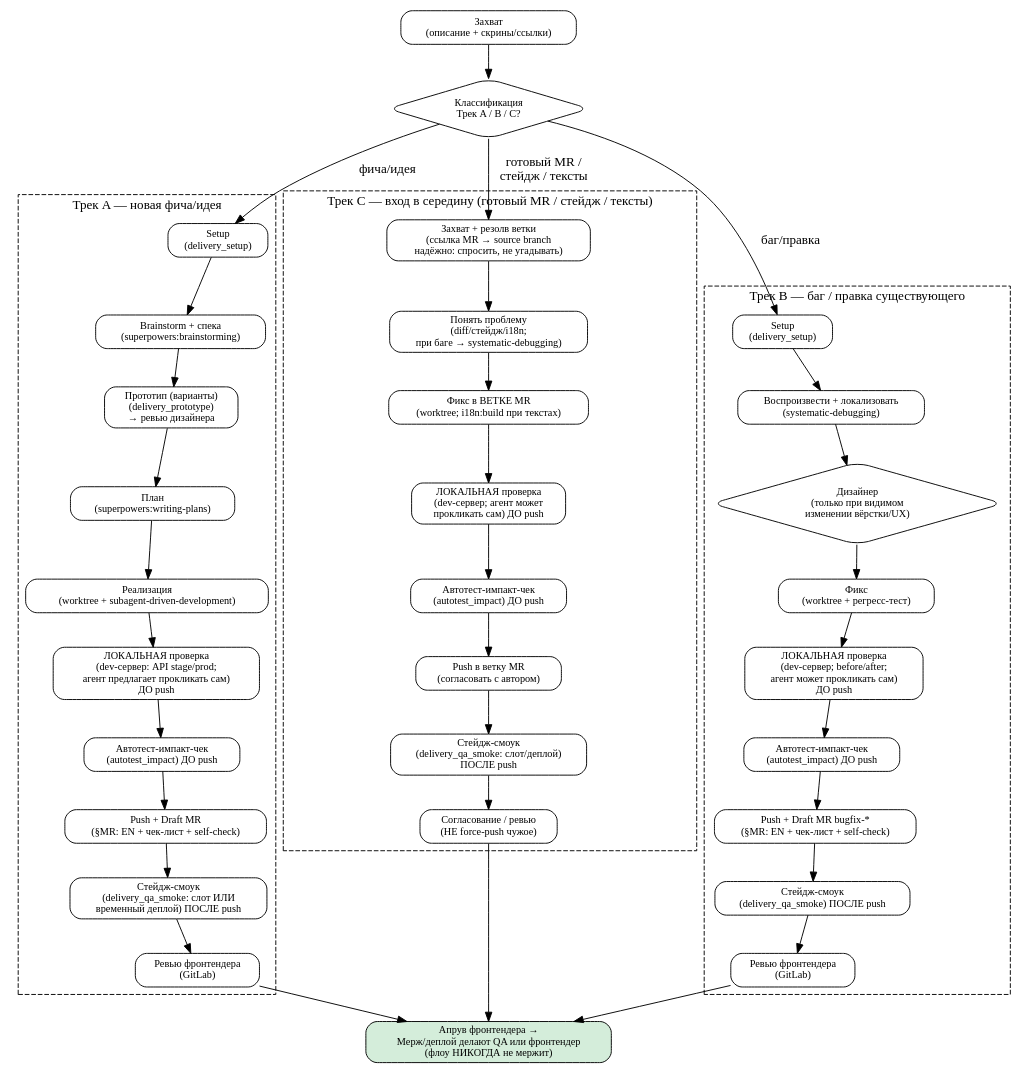
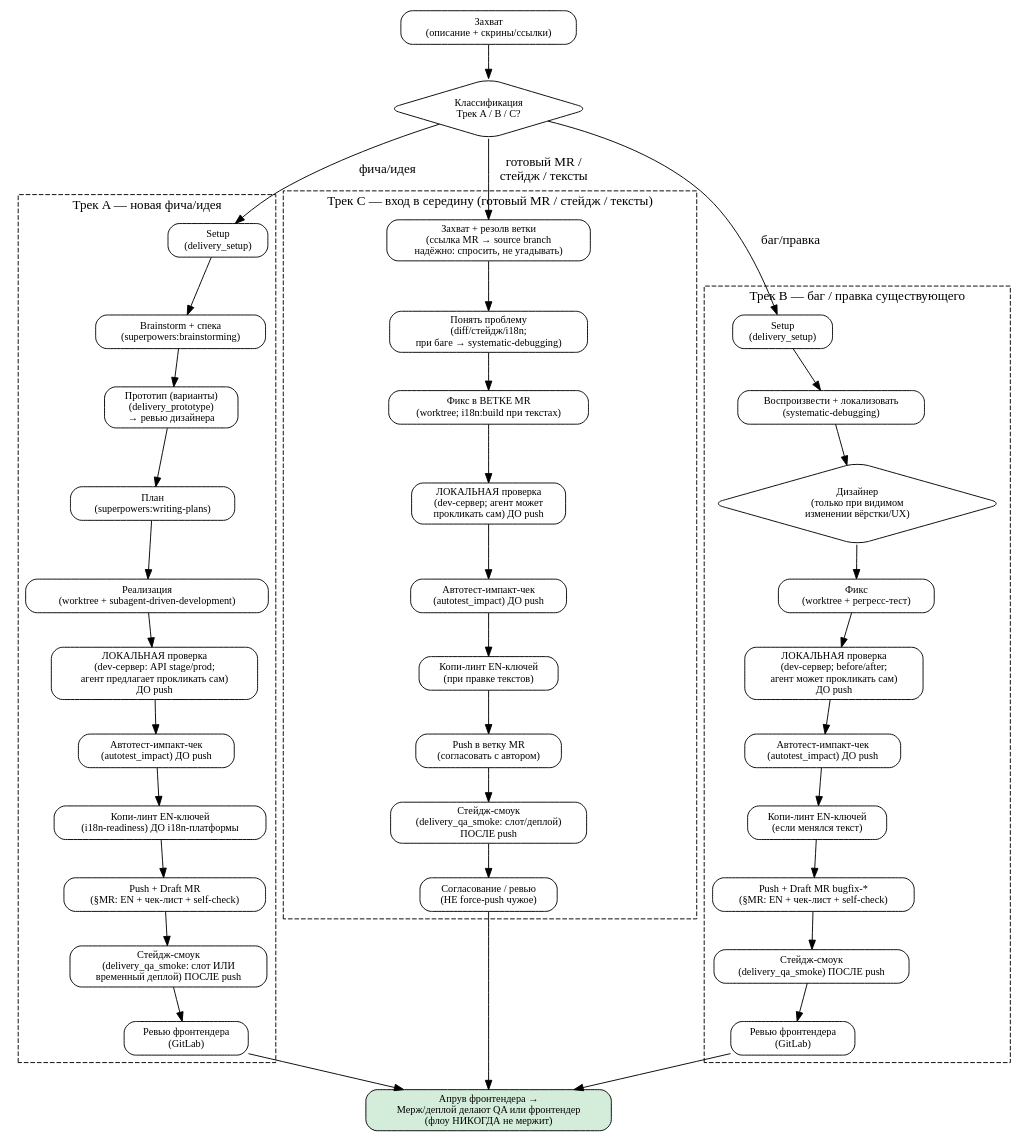
One commit to echangli/delivery-flow changed the diagram in plugins/delivery/skills/delivery_orchestrator/SKILL.md. Above: the diagram before and after it, drawn with Graphviz. The commit also changed other lines of this file and 8 other files, not shown here.

First line of the commit message:
Add optional source-copy/i18n lint seam to the delivery flow

````diff
--- a/plugins/delivery/skills/delivery_orchestrator/SKILL.md
+++ b/plugins/delivery/skills/delivery_orchestrator/SKILL.md
@@ -69,64 +69,67 @@
 ```dot
 digraph delivery {
   rankdir=TB;
   node [shape=box, style=rounded, fontsize=11];
 
   capture    [label="Захват\n(описание + скрины/ссылки)"];
   classify   [label="Классификация\nТрек A / B / C?", shape=diamond];
 
   subgraph cluster_a {
     label="Трек A — новая фича/идея";
     style=dashed;
     a0 [label="Setup\n(delivery_setup)"];
     a1 [label="Brainstorm + спека\n(superpowers:brainstorming)"];
     a2 [label="Прототип (варианты)\n(delivery_prototype)\n→ ревью дизайнера"];
     a3 [label="План\n(superpowers:writing-plans)"];
     a4 [label="Реализация\n(worktree + subagent-driven-development)"];
     a5 [label="ЛОКАЛЬНАЯ проверка\n(dev-сервер: API stage/prod;\nагент предлагает прокликать сам)\nДО push"];
     a5b [label="Автотест-импакт-чек\n(autotest_impact) ДО push"];
+    a5c [label="Копи-линт EN-ключей\n(i18n-readiness) ДО i18n-платформы"];
     a6 [label="Push + Draft MR\n(§MR: EN + чек-лист + self-check)"];
     a7 [label="Стейдж-смоук\n(delivery_qa_smoke: слот ИЛИ\nвременный деплой) ПОСЛЕ push"];
     a8 [label="Ревью фронтендера\n(GitLab)"];
-    a0 -> a1 -> a2 -> a3 -> a4 -> a5 -> a5b -> a6 -> a7 -> a8;
+    a0 -> a1 -> a2 -> a3 -> a4 -> a5 -> a5b -> a5c -> a6 -> a7 -> a8;
   }
 
   subgraph cluster_b {
     label="Трек B — баг / правка существующего";
     style=dashed;
     b0 [label="Setup\n(delivery_setup)"];
     b1 [label="Воспроизвести + локализовать\n(systematic-debugging)"];
     b2 [label="Дизайнер\n(только при видимом\nизменении вёрстки/UX)", shape=diamond];
     b3 [label="Фикс\n(worktree + регресс-тест)"];
     b4 [label="ЛОКАЛЬНАЯ проверка\n(dev-сервер; before/after;\nагент может прокликать сам)\nДО push"];
     b4b [label="Автотест-импакт-чек\n(autotest_impact) ДО push"];
+    b4c [label="Копи-линт EN-ключей\n(если менялся текст)"];
     b5 [label="Push + Draft MR bugfix-*\n(§MR: EN + чек-лист + self-check)"];
     b6 [label="Стейдж-смоук\n(delivery_qa_smoke) ПОСЛЕ push"];
     b7 [label="Ревью фронтендера\n(GitLab)"];
-    b0 -> b1 -> b2 -> b3 -> b4 -> b4b -> b5 -> b6 -> b7;
+    b0 -> b1 -> b2 -> b3 -> b4 -> b4b -> b4c -> b5 -> b6 -> b7;
   }
 
   subgraph cluster_c {
     label="Трек C — вход в середину (готовый MR / стейдж / тексты)";
     style=dashed;
     c0 [label="Захват + резолв ветки\n(ссылка MR → source branch\nнадёжно: спросить, не угадывать)"];
     c1 [label="Понять проблему\n(diff/стейдж/i18n;\nпри баге → systematic-debugging)"];
     c2 [label="Фикс в ВЕТКЕ MR\n(worktree; i18n:build при текстах)"];
     c3 [label="ЛОКАЛЬНАЯ проверка\n(dev-сервер; агент может\nпрокликать сам) ДО push"];
     c3b [label="Автотест-импакт-чек\n(autotest_impact) ДО push"];
+    c3c [label="Копи-линт EN-ключей\n(при правке текстов)"];
     c4 [label="Push в ветку MR\n(согласовать с автором)"];
     c5 [label="Стейдж-смоук\n(delivery_qa_smoke: слот/деплой)\nПОСЛЕ push"];
     c6 [label="Согласование / ревью\n(НЕ force-push чужое)"];
-    c0 -> c1 -> c2 -> c3 -> c3b -> c4 -> c5 -> c6;
+    c0 -> c1 -> c2 -> c3 -> c3b -> c3c -> c4 -> c5 -> c6;
   }
 
   terminal [label="Апрув фронтендера →\nМерж/деплой делают QA или фронтендер\n(флоу НИКОГДА не мержит)", shape=box, style="rounded,filled", fillcolor="#d4edda"];
 
   capture -> classify;
   classify -> a0 [label="фича/идея"];
   classify -> b0 [label="баг/правка"];
   classify -> c0 [label="готовый MR /\nстейдж / тексты"];
   a8 -> terminal;
   b7 -> terminal;
   c6 -> terminal;
 }
 ```
````
